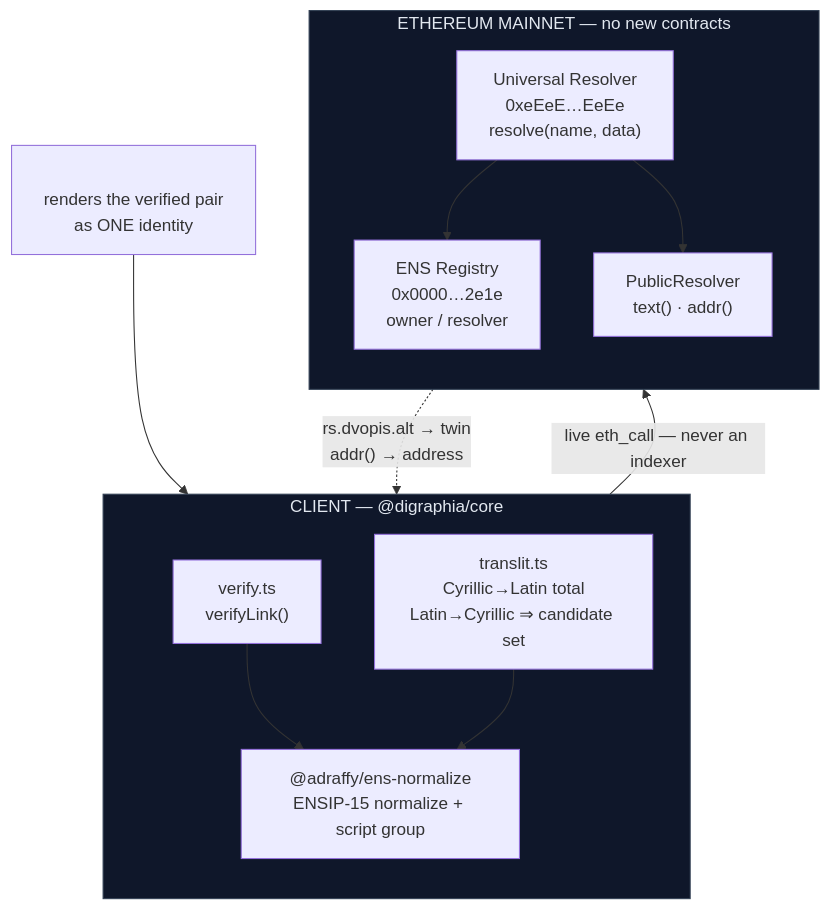
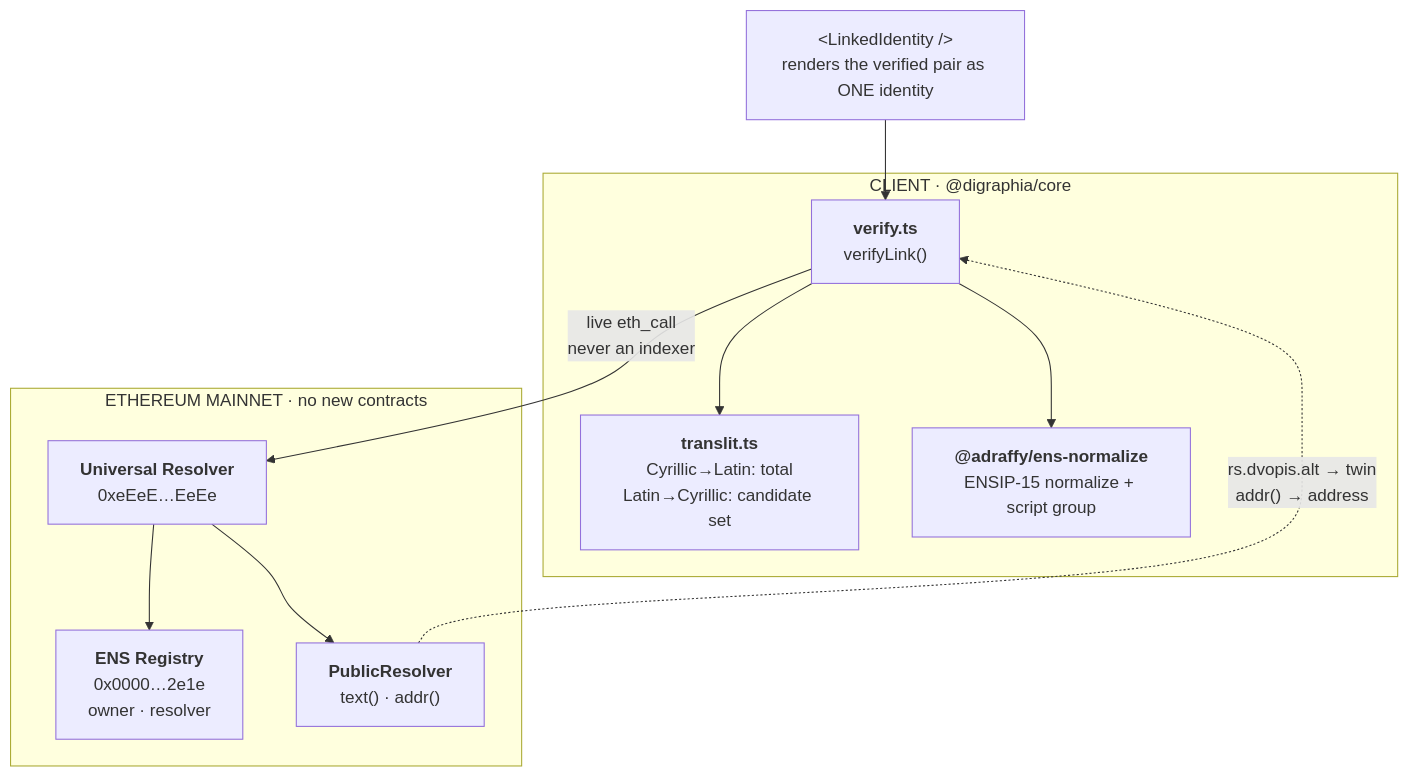
One commit to leohhhn/digraphia changed the first of 2 diagrams in README.md. Above: the diagram before and after it, drawn with Mermaid. The commit also changed other lines of this file, not shown here.

First line of the commit message:
README: rebuild diagrams for legible layout

````diff
--- a/README.md
+++ b/README.md
@@ -256,28 +256,24 @@
 ```mermaid
 flowchart TB
-    subgraph client["CLIENT — @digraphia/core"]
-        direction TB
-        T["translit.ts<br/>Cyrillic→Latin total<br/>Latin→Cyrillic ⇒ candidate set"]
-        V["verify.ts<br/>verifyLink()"]
-        N["@adraffy/ens-normalize<br/>ENSIP-15 normalize + script group"]
-        V --> N
-        T --> N
+    UI["&lt;LinkedIdentity /&gt;<br/>renders the verified pair as ONE identity"]
+
+    subgraph client["CLIENT · @digraphia/core"]
+        V["<b>verify.ts</b><br/>verifyLink()"]
+        T["<b>translit.ts</b><br/>Cyrillic→Latin: total<br/>Latin→Cyrillic: candidate set"]
+        N["<b>@adraffy/ens-normalize</b><br/>ENSIP-15 normalize + script group"]
     end
 
-    subgraph chain["ETHEREUM MAINNET — no new contracts"]
-        direction TB
-        UR["Universal Resolver<br/>0xeEeE…EeEe<br/>resolve(name, data)"]
-        REG["ENS Registry<br/>0x0000…2e1e<br/>owner / resolver"]
-        RES["PublicResolver<br/>text() · addr()"]
-        UR --> REG
-        UR --> RES
+    subgraph chain["ETHEREUM MAINNET · no new contracts"]
+        UR["<b>Universal Resolver</b><br/>0xeEeE…EeEe"]
+        REG["<b>ENS Registry</b><br/>0x0000…2e1e<br/>owner · resolver"]
+        RES["<b>PublicResolver</b><br/>text() · addr()"]
     end
 
-    V -->|"live eth_call — never an indexer"| UR
+    UI --> V
+    V --> T
+    V --> N
+    V -->|"live eth_call<br/>never an indexer"| UR
+    UR --> REG
+    UR --> RES
     RES -.->|"rs.dvopis.alt → twin<br/>addr() → address"| V
-
-    UI["<LinkedIdentity /><br/>renders the verified pair<br/>as ONE identity"] --> V
-
-    style client fill:#0f172a,stroke:#334155,color:#e2e8f0
-    style chain fill:#0f172a,stroke:#334155,color:#e2e8f0
 ```
````
